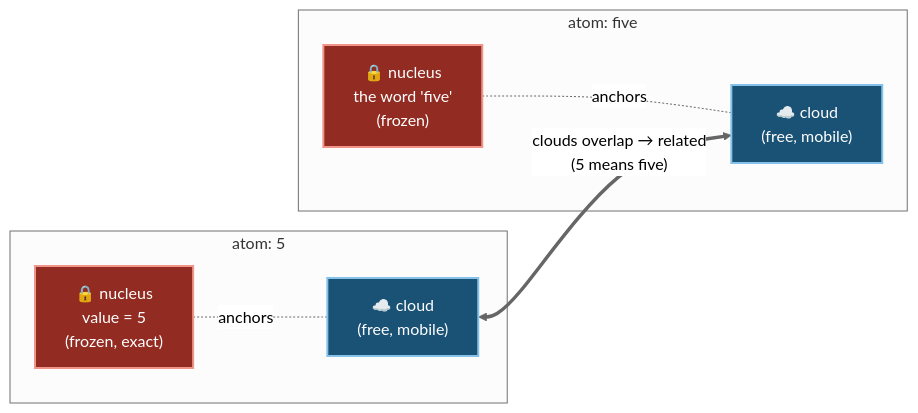
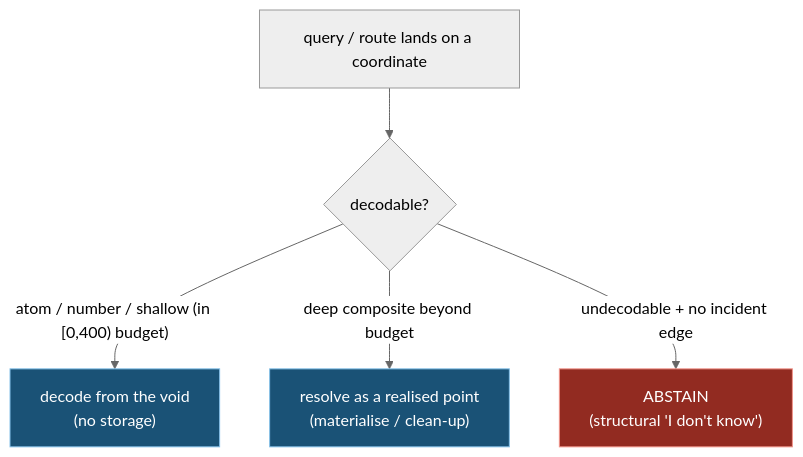
One commit to EvaluatedApplications/genesis-nova changed the second of 2 diagrams in PLATONIC_NUCLEUS.md. Above: the diagram before and after it, drawn with Mermaid (neutral theme). The commit also changed other lines of this file and 10 other files, not shown here.

````diff
--- a/PLATONIC_NUCLEUS.md
+++ b/PLATONIC_NUCLEUS.md
@@ -134,18 +158,10 @@
 ```mermaid
-flowchart LR
-  subgraph A["atom: 5"]
-    A_n["🔒 nucleus<br/>value = 5<br/>(frozen, exact)"]
-    A_c["☁️ cloud<br/>(free, mobile)"]
-    A_n -. anchors .- A_c
-  end
-  subgraph B["atom: five"]
-    B_n["🔒 nucleus<br/>the word 'five'<br/>(frozen)"]
-    B_c["☁️ cloud<br/>(free, mobile)"]
-    B_n -. anchors .- B_c
-  end
-  A_c <==>|"clouds overlap → related<br/>(5 means five)"| B_c
-  classDef nuc fill:#922b21,color:#ffffff,stroke:#f1948a,stroke-width:2px;
-  classDef free fill:#1a5276,color:#ffffff,stroke:#85c1e9,stroke-width:2px;
-  class A_n,B_n nuc;
-  class A_c,B_c free;
+flowchart TB
+  q["query / route lands on a coordinate"] --> d{decodable?}
+  d -->|"atom / number / shallow (in [0,400) budget)"| dec["decode from the void<br/>(no storage)"]
+  d -->|"deep composite beyond budget"| mat["resolve as a realised point<br/>(materialise / clean-up)"]
+  d -->|"undecodable + no incident edge"| ab["ABSTAIN<br/>(structural 'I don't know')"]
+  classDef ok fill:#1a5276,color:#fff,stroke:#85c1e9;
+  classDef no fill:#922b21,color:#fff,stroke:#f1948a;
+  class dec,mat ok; class ab no;
 ```
````
